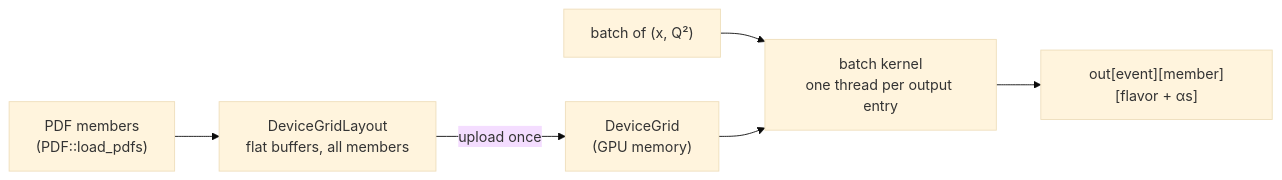
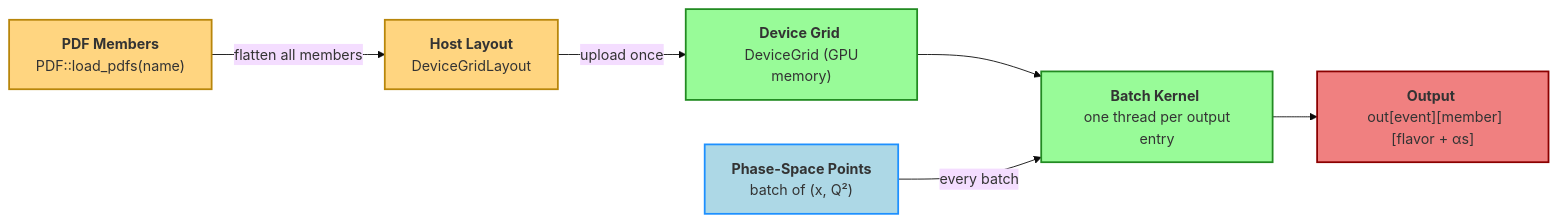
The diagram in docs/gpu.md (QCDLab/neopdf), drawn with Mermaid (base theme) before and after one commit. The commit also changed other lines of this file and 17 other files, not shown here.

````diff
--- a/docs/gpu.md
+++ b/docs/gpu.md
@@ -31,8 +31,23 @@
 ```mermaid
-flowchart LR
-    A["PDF members<br/>(PDF::load_pdfs)"] --> B["DeviceGridLayout<br/>flat buffers, all members"]
-    B -->|"upload once"| C["DeviceGrid<br/>(GPU memory)"]
-    D["batch of (x, Q²)"] --> E["batch kernel<br/>one thread per output entry"]
-    C --> E
-    E --> F["out[event][member][flavor + αs]"]
+graph LR
+
+A["<b>PDF Members</b> <br> PDF::load_pdfs(name)"]
+B["<b>Host Layout</b> <br> DeviceGridLayout"]
+C["<b>Device Grid</b> <br> DeviceGrid (GPU memory)"]
+D["<b>Phase-Space Points</b> <br> batch of (x, Q²)"]
+E["<b>Batch Kernel</b> <br> one thread per output entry"]
+F["<b>Output</b> <br> out[event][member][flavor + αs]"]
+
+A -->|flatten all members| B
+B -->|upload once| C
+C --> E
+D -->|every batch| E
+E --> F
+
+style A fill:#ffd580,stroke:#b8860b,stroke-width:2px
+style B fill:#ffd580,stroke:#b8860b,stroke-width:2px
+style C fill:#98fb98,stroke:#228b22,stroke-width:2px
+style D fill:#add8e6,stroke:#1e90ff,stroke-width:2px
+style E fill:#98fb98,stroke:#228b22,stroke-width:2px
+style F fill:#f08080,stroke:#8b0000,stroke-width:2px
 ```
````
